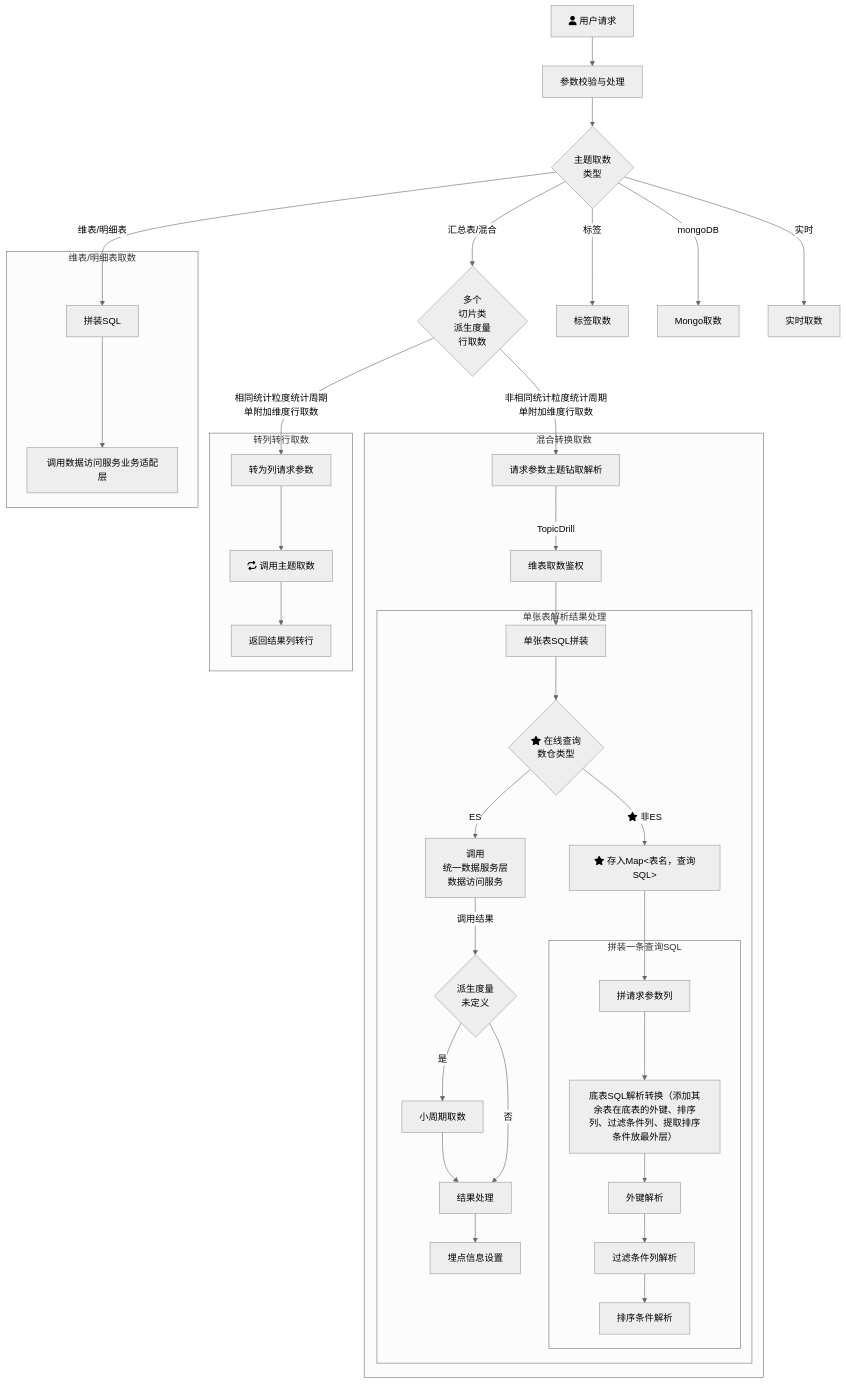
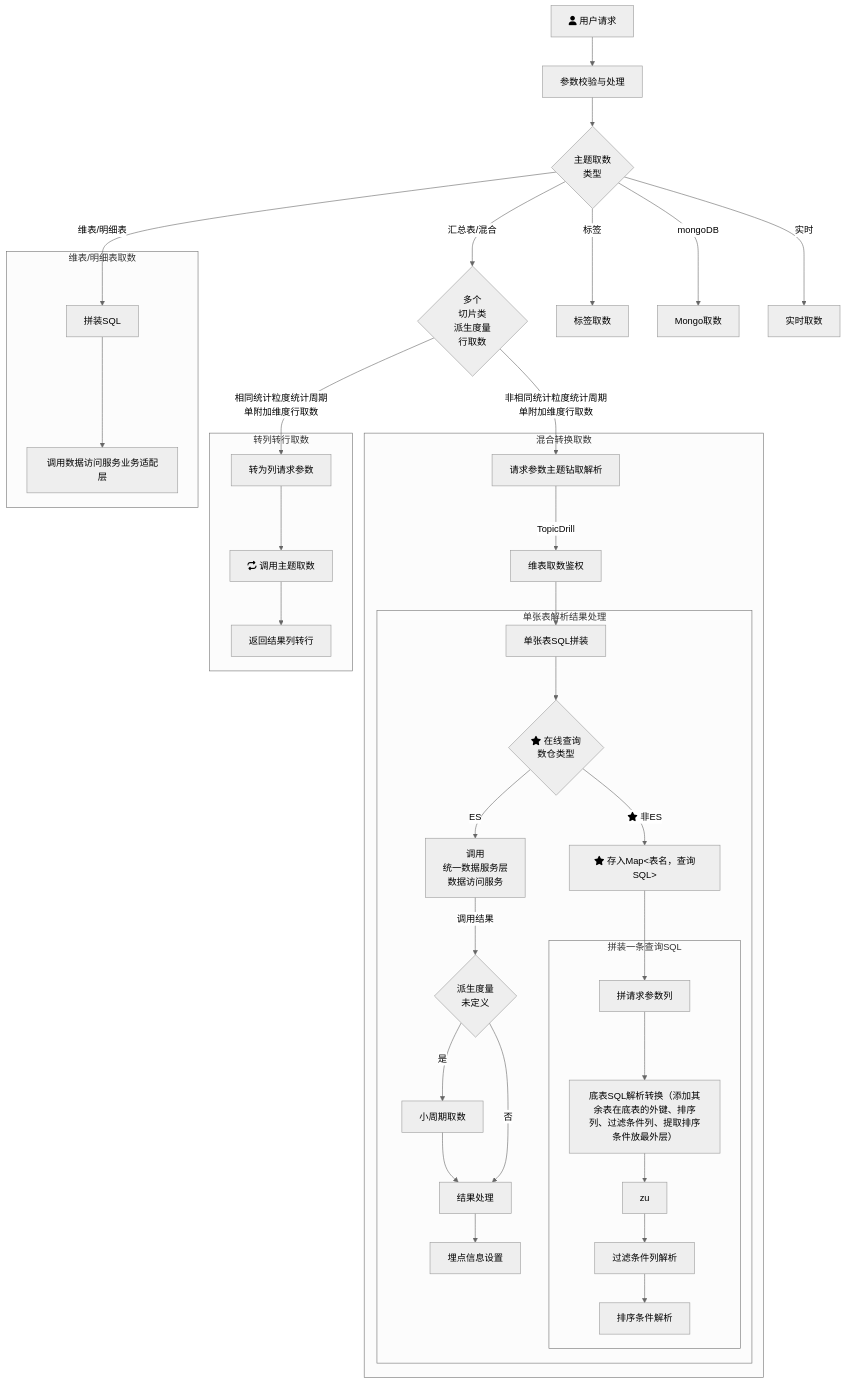
One commit to yanglosm/iodraw-files changed the diagram in all/未命名.md. Above: the diagram before and after it, drawn with Mermaid (neutral theme).

Commit message:
2024-11-29 19:39:05 update

````diff
--- a/all/未命名.md
+++ b/all/未命名.md
@@ -1,30 +1,30 @@
 ```mermaid
 flowchart TD
     A[fa:fa-user 用户请求] -->A1[参数校验与处理] --> B{主题取数\n类型}
     B -->|维表/明细表| D[拼装SQL]
     B -->|汇总表/混合| E{多个\n切片类\n派生度量\n行取数}
     B -->|标签| F[标签取数]
     B -->|mongoDB| G[Mongo取数]
     B -->|实时| H[实时取数]
     E -->|相同统计粒度统计周期\n单附加维度行取数| E1[转为列请求参数]
     E -->|非相同统计粒度统计周期\n单附加维度行取数| T1[请求参数主题钻取解析]
     subgraph 维表/明细表取数
     D-->D1[调用数据访问服务业务适配层]
     end
     subgraph 转列转行取数
     E1-->E11[fa:fa-repeat 调用主题取数]-->E12[返回结果列转行]
     end
     subgraph 混合转换取数
     T1-->|TopicDrill| T2[维表取数鉴权] --> T31[单张表SQL拼装]
         subgraph 单张表解析结果处理
         T31 --> T4{fa:fa-star 在线查询\n数仓类型}-->|ES|T32[调用\n统一数据服务层\n数据访问服务] --> |调用结果|T33{派生度量\n未定义}
         T33 --> |是|T33_1[小周期取数]-->T34[结果处理]-->T35[埋点信息设置]
         T33 --> |否|T34
         T4 --> |fa:fa-star 非ES|T41["fa:fa-star 存入Map<表名，查询SQL>"]
         T41 --> T42[拼请求参数列]
             subgraph 拼装一条查询SQL
-            T42 --> M1[底表SQL解析转换（添加其余表在底表的外键、排序列、过滤条件列、提取排序条件放最外层）] --> M2[外键解析] --> 过滤条件列解析 --> 排序条件解析
+            T42 --> M1[底表SQL解析转换（添加其余表在底表的外键、排序列、过滤条件列、提取排序条件放最外层）] --> M2[zu] --> 过滤条件列解析 --> 排序条件解析
             end
         end
     end
 ```
````
